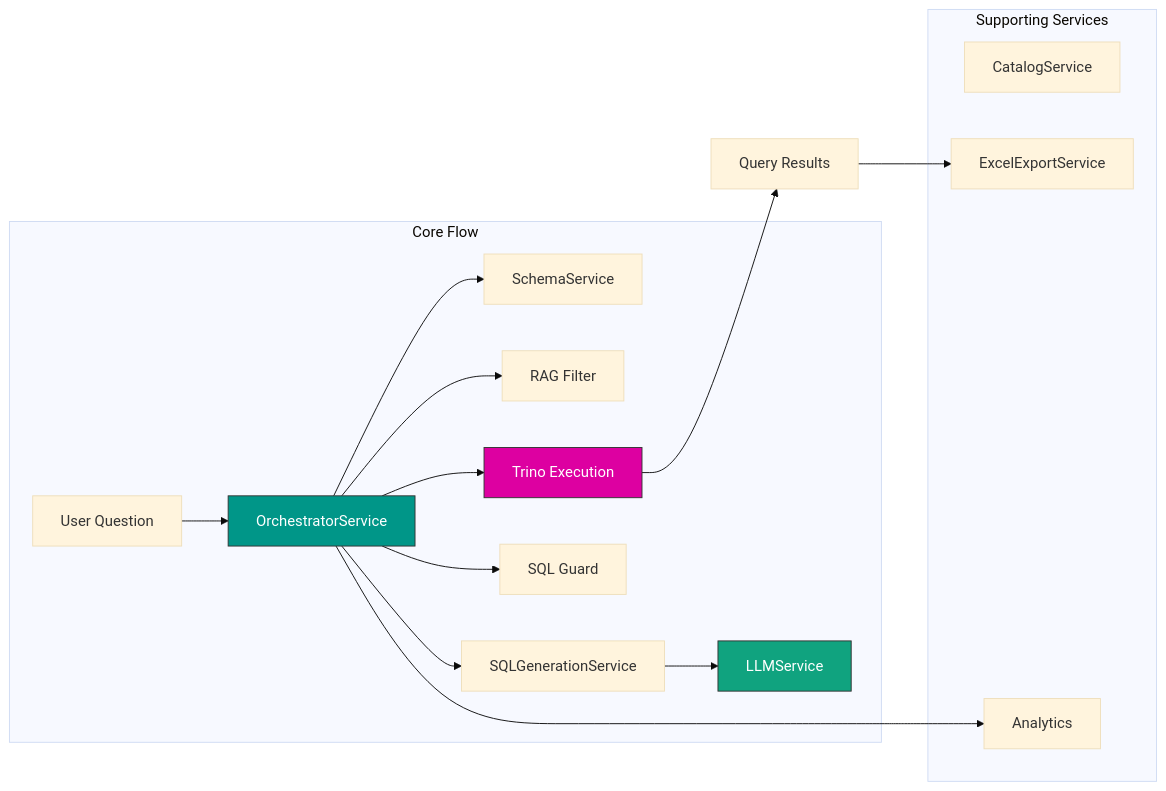
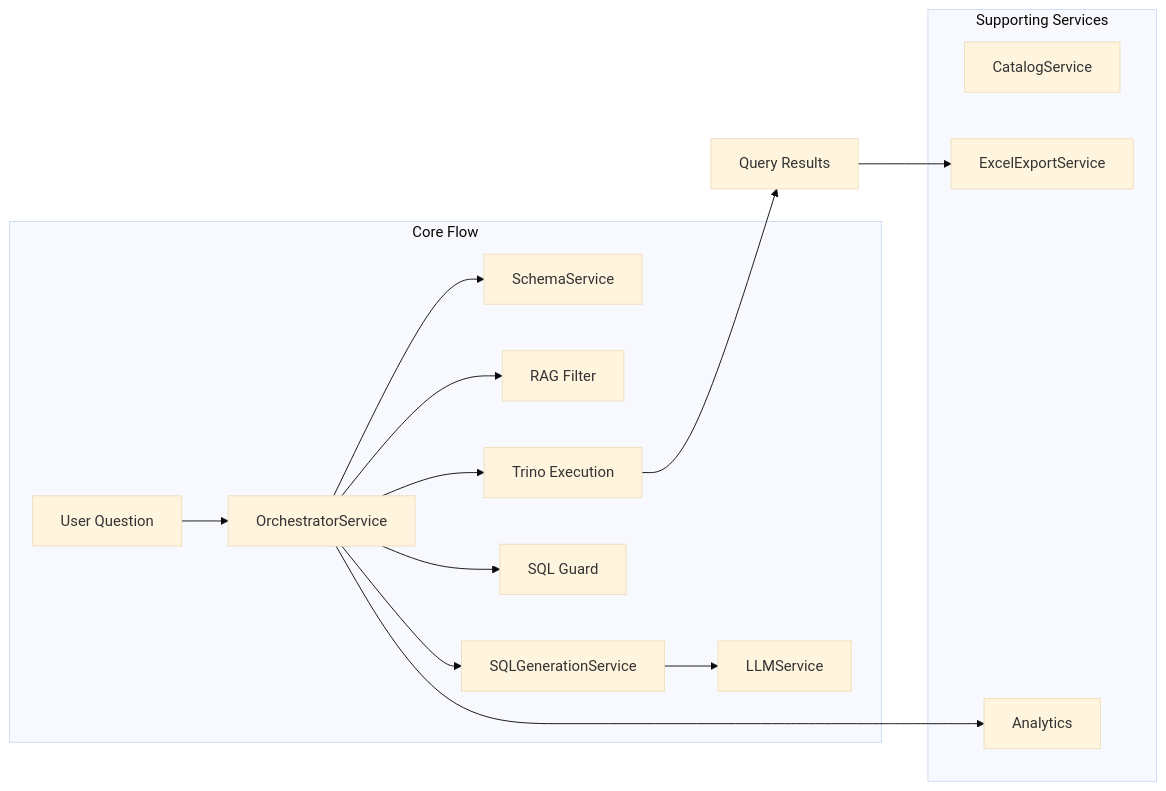
Before and after one commit to NLEx-team/NLEx: the third of 3 diagrams in docs/architecture/overview.md, drawn with Mermaid (base theme). The commit also changed other lines of this file and 2 other files, not shown here.

Commit message:
docs: remove hardcoded colors from mermaid diagrams

````diff
--- a/docs/architecture/overview.md
+++ b/docs/architecture/overview.md
@@ -273,26 +261,22 @@
 ```mermaid
 graph LR
     subgraph Core["Core Flow"]
         Q["User Question"] --> O["OrchestratorService"]
         O --> S["SchemaService"]
         O --> R["RAG Filter"]
         O --> G["SQLGenerationService"]
         G --> L["LLMService"]
         O --> V["SQL Guard"]
         O --> T["Trino Execution"]
     end
 
     subgraph Support["Supporting Services"]
         C["CatalogService"]
         E["ExcelExportService"]
         A["Analytics"]
     end
 
     T --> Result["Query Results"]
     Result --> E
     O --> A
-
-    style O fill:#009688,stroke:#333,color:#fff
-    style L fill:#10a37f,stroke:#333,color:#fff
-    style T fill:#dd00a1,stroke:#333,color:#fff
 ```
````
